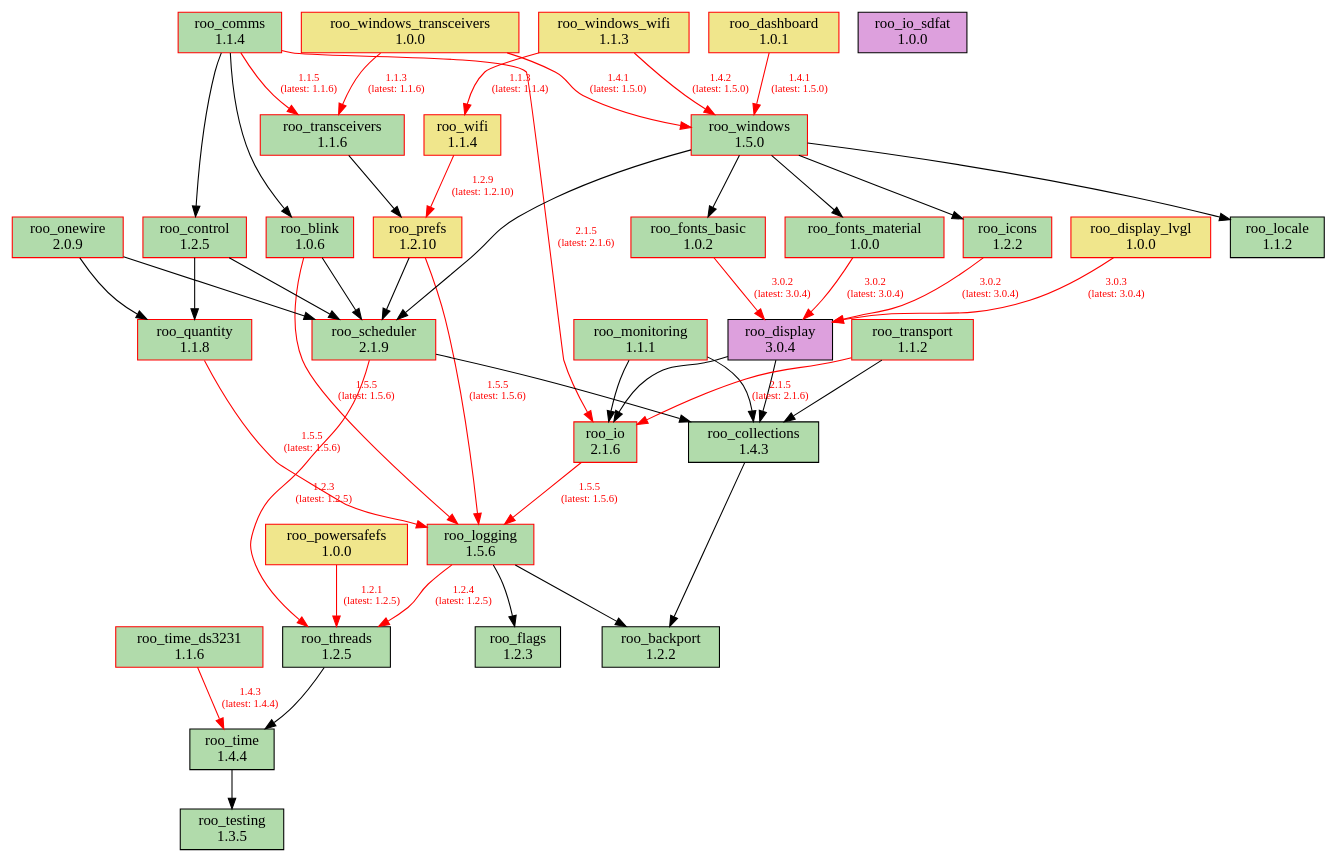
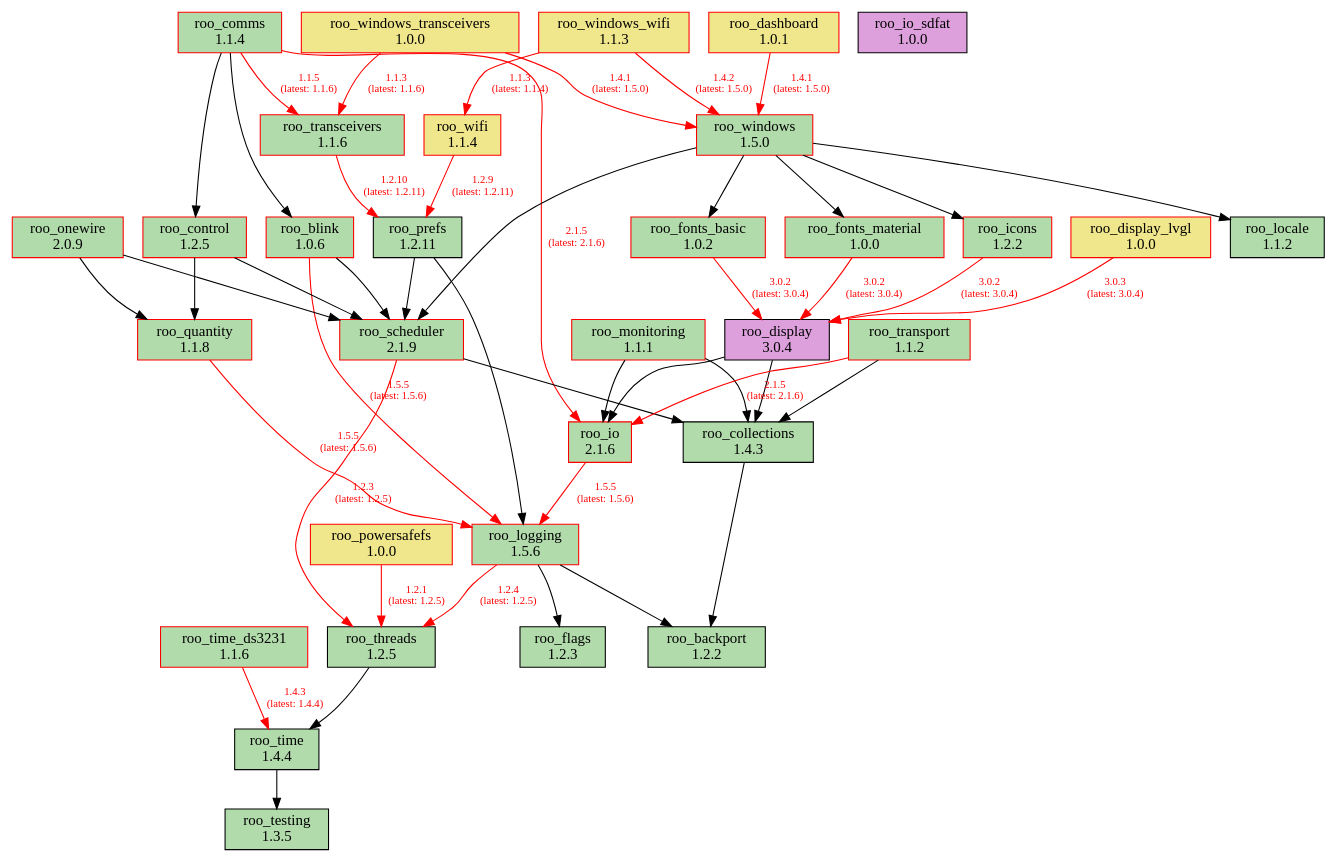
The diagram in doc/dependencies.dot (dejwk/roo-registry), drawn with Graphviz before and after one commit. The commit also changed 3 other files, not shown here.

Commit message:
Added roo_prefs 1.2.11 to the registry.

```diff
--- a/doc/dependencies.dot
+++ b/doc/dependencies.dot
@@ -1,87 +1,87 @@
 digraph dependencies {
     rankdir=TB;
     node [shape=box, style=filled];
     edge [fontsize=10];
 
     // Modules
     "roo_backport" [label="roo_backport\n1.2.2", fillcolor="#b1dbab", color="black"];
     "roo_blink" [label="roo_blink\n1.0.6", fillcolor="#b1dbab", color="red"];
     "roo_collections" [label="roo_collections\n1.4.3", fillcolor="#b1dbab", color="black"];
     "roo_comms" [label="roo_comms\n1.1.4", fillcolor="#b1dbab", color="red"];
     "roo_control" [label="roo_control\n1.2.5", fillcolor="#b1dbab", color="red"];
     "roo_dashboard" [label="roo_dashboard\n1.0.1", fillcolor="khaki", color="red"];
     "roo_display" [label="roo_display\n3.0.4", fillcolor="plum", color="black"];
     "roo_display_lvgl" [label="roo_display_lvgl\n1.0.0", fillcolor="khaki", color="red"];
     "roo_flags" [label="roo_flags\n1.2.3", fillcolor="#b1dbab", color="black"];
     "roo_fonts_basic" [label="roo_fonts_basic\n1.0.2", fillcolor="#b1dbab", color="red"];
     "roo_fonts_material" [label="roo_fonts_material\n1.0.0", fillcolor="#b1dbab", color="red"];
     "roo_icons" [label="roo_icons\n1.2.2", fillcolor="#b1dbab", color="red"];
     "roo_io" [label="roo_io\n2.1.6", fillcolor="#b1dbab", color="red"];
     "roo_io_sdfat" [label="roo_io_sdfat\n1.0.0", fillcolor="plum", color="black"];
     "roo_locale" [label="roo_locale\n1.1.2", fillcolor="#b1dbab", color="black"];
     "roo_logging" [label="roo_logging\n1.5.6", fillcolor="#b1dbab", color="red"];
     "roo_monitoring" [label="roo_monitoring\n1.1.1", fillcolor="#b1dbab", color="red"];
     "roo_onewire" [label="roo_onewire\n2.0.9", fillcolor="#b1dbab", color="red"];
     "roo_powersafefs" [label="roo_powersafefs\n1.0.0", fillcolor="khaki", color="red"];
-    "roo_prefs" [label="roo_prefs\n1.2.10", fillcolor="khaki", color="red"];
+    "roo_prefs" [label="roo_prefs\n1.2.11", fillcolor="#b1dbab", color="black"];
     "roo_quantity" [label="roo_quantity\n1.1.8", fillcolor="#b1dbab", color="red"];
     "roo_scheduler" [label="roo_scheduler\n2.1.9", fillcolor="#b1dbab", color="red"];
     "roo_testing" [label="roo_testing\n1.3.5", fillcolor="#b1dbab", color="black"];
     "roo_threads" [label="roo_threads\n1.2.5", fillcolor="#b1dbab", color="black"];
     "roo_time" [label="roo_time\n1.4.4", fillcolor="#b1dbab", color="black"];
     "roo_time_ds3231" [label="roo_time_ds3231\n1.1.6", fillcolor="#b1dbab", color="red"];
     "roo_transceivers" [label="roo_transceivers\n1.1.6", fillcolor="#b1dbab", color="red"];
     "roo_transport" [label="roo_transport\n1.1.2", fillcolor="#b1dbab", color="red"];
     "roo_wifi" [label="roo_wifi\n1.1.4", fillcolor="khaki", color="red"];
     "roo_windows" [label="roo_windows\n1.5.0", fillcolor="#b1dbab", color="red"];
     "roo_windows_transceivers" [label="roo_windows_transceivers\n1.0.0", fillcolor="khaki", color="red"];
     "roo_windows_wifi" [label="roo_windows_wifi\n1.1.3", fillcolor="khaki", color="red"];
 
     // Dependencies
     "roo_blink" -> "roo_logging" [color=red, fontcolor=red, label="1.5.5\n(latest: 1.5.6)"];
     "roo_blink" -> "roo_scheduler";
     "roo_collections" -> "roo_backport";
     "roo_comms" -> "roo_blink";
     "roo_comms" -> "roo_control";
     "roo_comms" -> "roo_io" [color=red, fontcolor=red, label="2.1.5\n(latest: 2.1.6)"];
     "roo_comms" -> "roo_transceivers" [color=red, fontcolor=red, label="1.1.5\n(latest: 1.1.6)"];
     "roo_control" -> "roo_quantity";
     "roo_control" -> "roo_scheduler";
     "roo_dashboard" -> "roo_windows" [color=red, fontcolor=red, label="1.4.1\n(latest: 1.5.0)"];
     "roo_display" -> "roo_collections";
     "roo_display" -> "roo_io";
     "roo_display_lvgl" -> "roo_display" [color=red, fontcolor=red, label="3.0.3\n(latest: 3.0.4)"];
     "roo_fonts_basic" -> "roo_display" [color=red, fontcolor=red, label="3.0.2\n(latest: 3.0.4)"];
     "roo_fonts_material" -> "roo_display" [color=red, fontcolor=red, label="3.0.2\n(latest: 3.0.4)"];
     "roo_icons" -> "roo_display" [color=red, fontcolor=red, label="3.0.2\n(latest: 3.0.4)"];
     "roo_io" -> "roo_logging" [color=red, fontcolor=red, label="1.5.5\n(latest: 1.5.6)"];
     "roo_logging" -> "roo_backport";
     "roo_logging" -> "roo_flags";
     "roo_logging" -> "roo_threads" [color=red, fontcolor=red, label="1.2.4\n(latest: 1.2.5)"];
     "roo_monitoring" -> "roo_collections";
     "roo_monitoring" -> "roo_io";
     "roo_onewire" -> "roo_scheduler";
     "roo_onewire" -> "roo_quantity";
     "roo_powersafefs" -> "roo_threads" [color=red, fontcolor=red, label="1.2.1\n(latest: 1.2.5)"];
-    "roo_prefs" -> "roo_logging" [color=red, fontcolor=red, label="1.5.5\n(latest: 1.5.6)"];
+    "roo_prefs" -> "roo_logging";
     "roo_prefs" -> "roo_scheduler";
     "roo_quantity" -> "roo_logging" [color=red, fontcolor=red, label="1.5.5\n(latest: 1.5.6)"];
     "roo_scheduler" -> "roo_collections";
     "roo_scheduler" -> "roo_threads" [color=red, fontcolor=red, label="1.2.3\n(latest: 1.2.5)"];
     "roo_threads" -> "roo_time";
     "roo_time" -> "roo_testing";
     "roo_time_ds3231" -> "roo_time" [color=red, fontcolor=red, label="1.4.3\n(latest: 1.4.4)"];
-    "roo_transceivers" -> "roo_prefs";
+    "roo_transceivers" -> "roo_prefs" [color=red, fontcolor=red, label="1.2.10\n(latest: 1.2.11)"];
     "roo_transport" -> "roo_collections";
     "roo_transport" -> "roo_io" [color=red, fontcolor=red, label="2.1.5\n(latest: 2.1.6)"];
-    "roo_wifi" -> "roo_prefs" [color=red, fontcolor=red, label="1.2.9\n(latest: 1.2.10)"];
+    "roo_wifi" -> "roo_prefs" [color=red, fontcolor=red, label="1.2.9\n(latest: 1.2.11)"];
     "roo_windows" -> "roo_fonts_basic";
     "roo_windows" -> "roo_fonts_material";
     "roo_windows" -> "roo_locale";
     "roo_windows" -> "roo_icons";
     "roo_windows" -> "roo_scheduler";
     "roo_windows_transceivers" -> "roo_transceivers" [color=red, fontcolor=red, label="1.1.3\n(latest: 1.1.6)"];
     "roo_windows_transceivers" -> "roo_windows" [color=red, fontcolor=red, label="1.4.1\n(latest: 1.5.0)"];
     "roo_windows_wifi" -> "roo_wifi" [color=red, fontcolor=red, label="1.1.3\n(latest: 1.1.4)"];
     "roo_windows_wifi" -> "roo_windows" [color=red, fontcolor=red, label="1.4.2\n(latest: 1.5.0)"];
 }
```
